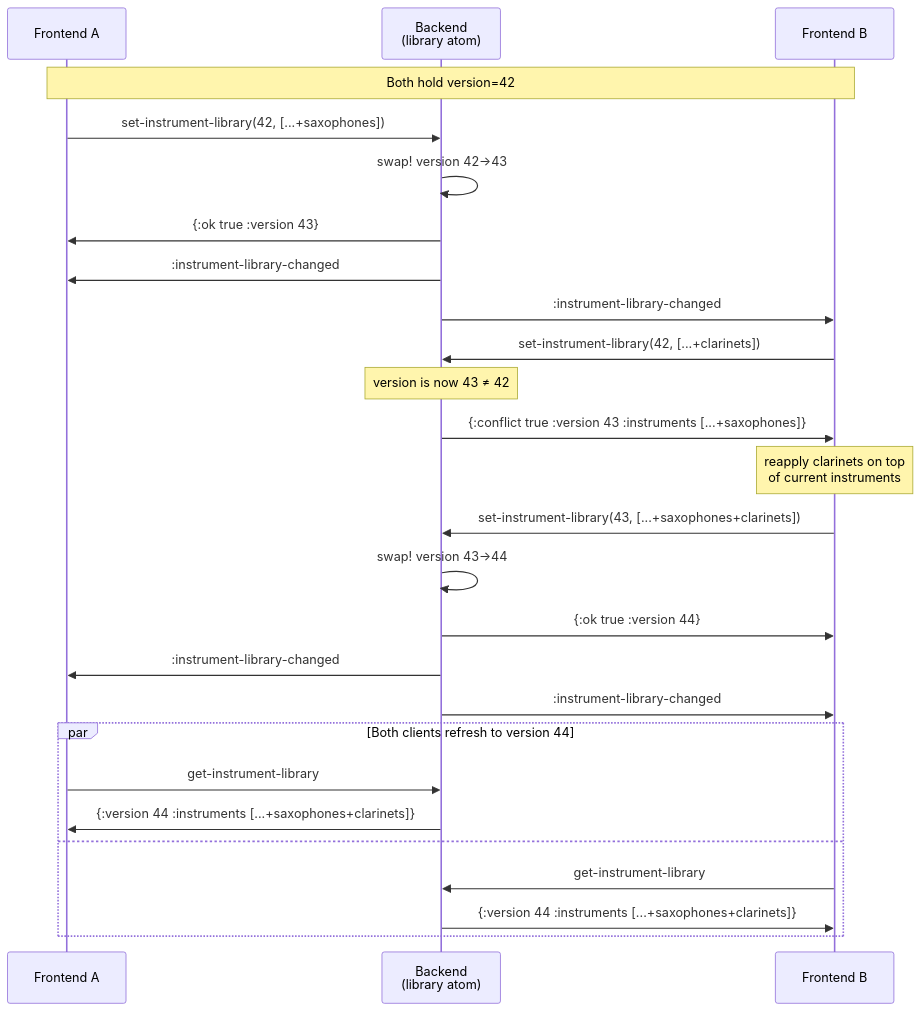
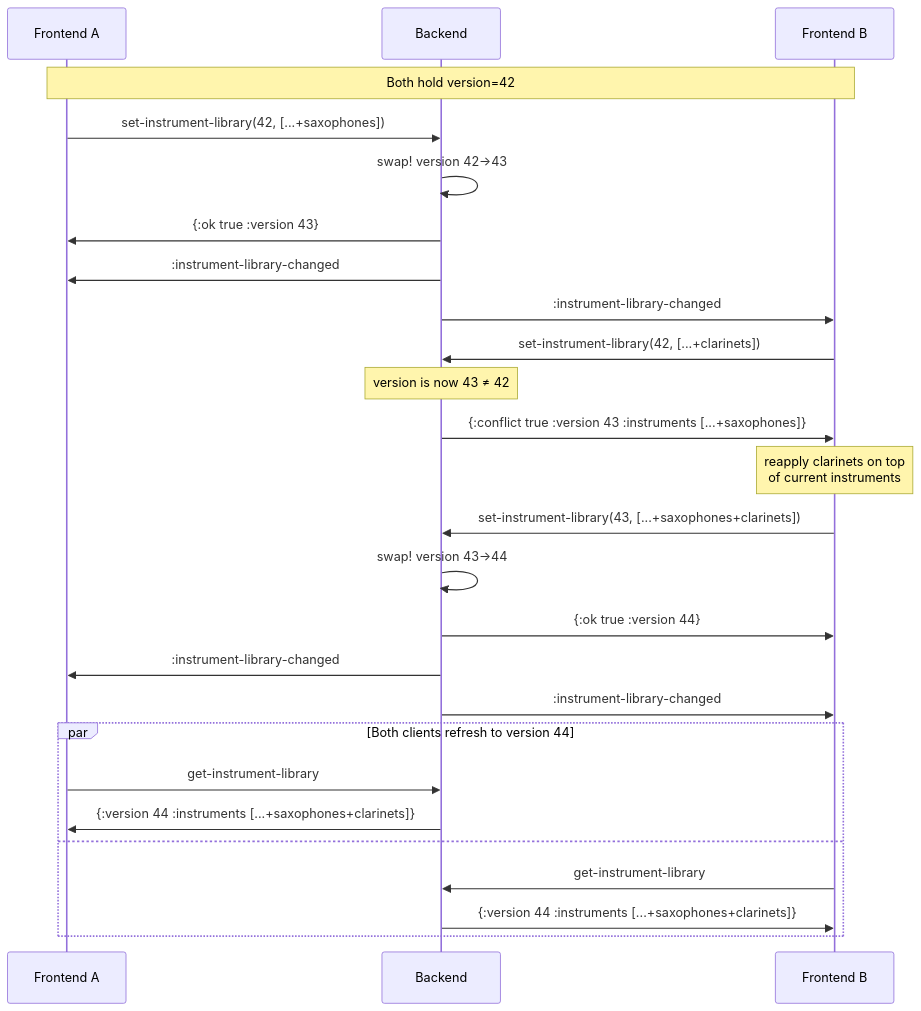
The third of 4 diagrams in ADRs/0045-Instrument-Library.md (PeterBengtson/Ooloi-docs), drawn with Mermaid before and after one commit. The commit also changed other lines of this file, not shown here.

````diff
--- a/ADRs/0045-Instrument-Library.md
+++ b/ADRs/0045-Instrument-Library.md
@@ -765,33 +765,33 @@
 ```mermaid
 sequenceDiagram
     participant FA as Frontend A
-    participant BE as Backend<br/>(library atom)
+    participant BE as Backend
     participant FB as Frontend B
 
     Note over FA,FB: Both hold version=42
 
     FA->>BE: set-instrument-library(42, [...+saxophones])
     BE->>BE: swap! version 42→43
     BE->>FA: {:ok true :version 43}
     BE->>FA: :instrument-library-changed
     BE->>FB: :instrument-library-changed
 
     FB->>BE: set-instrument-library(42, [...+clarinets])
     Note over BE: version is now 43 ≠ 42
     BE->>FB: {:conflict true :version 43 :instruments [...+saxophones]}
 
     Note over FB: reapply clarinets on top<br/>of current instruments
     FB->>BE: set-instrument-library(43, [...+saxophones+clarinets])
     BE->>BE: swap! version 43→44
     BE->>FB: {:ok true :version 44}
     BE->>FA: :instrument-library-changed
     BE->>FB: :instrument-library-changed
 
     par Both clients refresh to version 44
         FA->>BE: get-instrument-library
         BE->>FA: {:version 44 :instruments [...+saxophones+clarinets]}
     and
         FB->>BE: get-instrument-library
         BE->>FB: {:version 44 :instruments [...+saxophones+clarinets]}
     end
 ```
````
